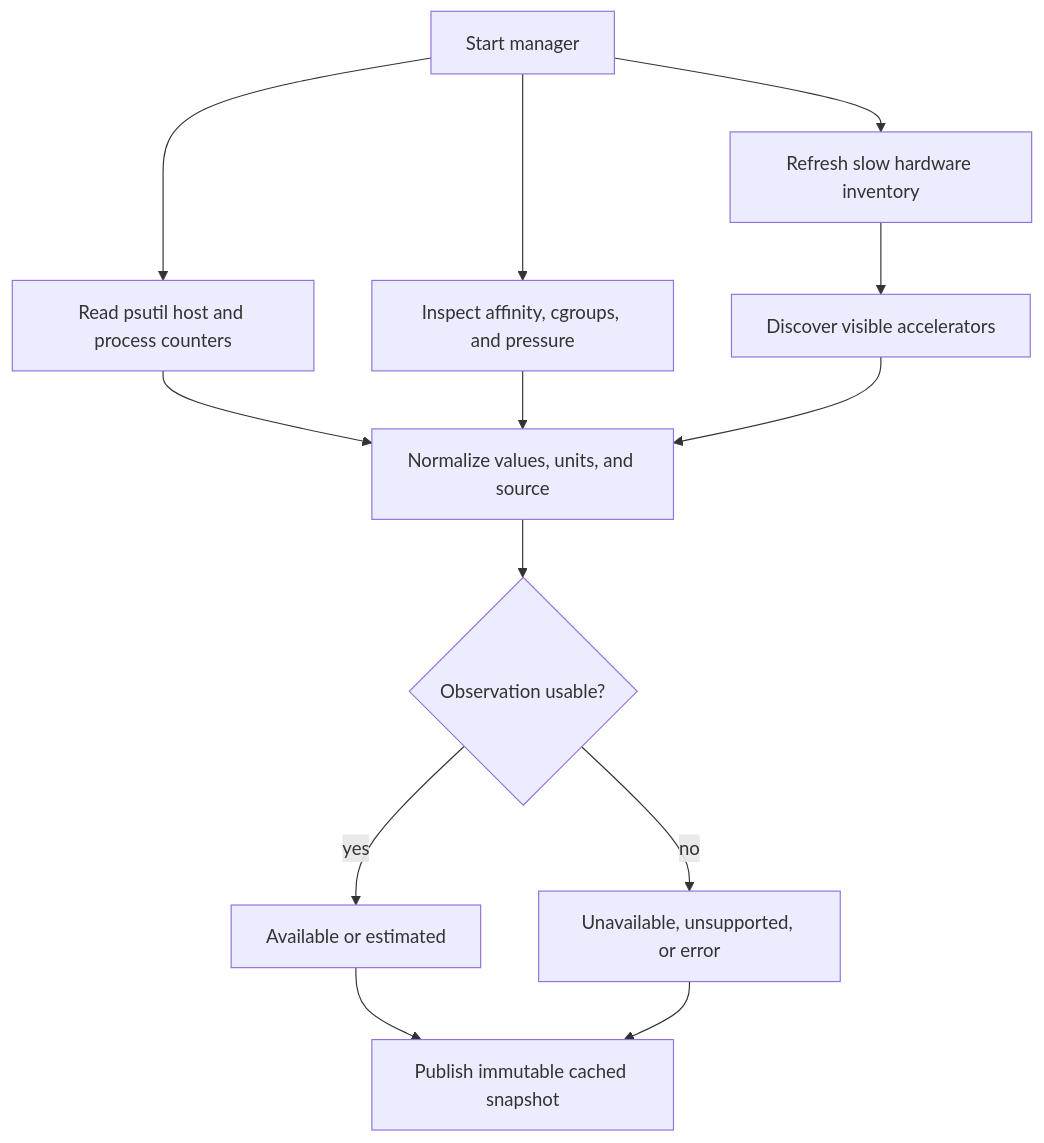
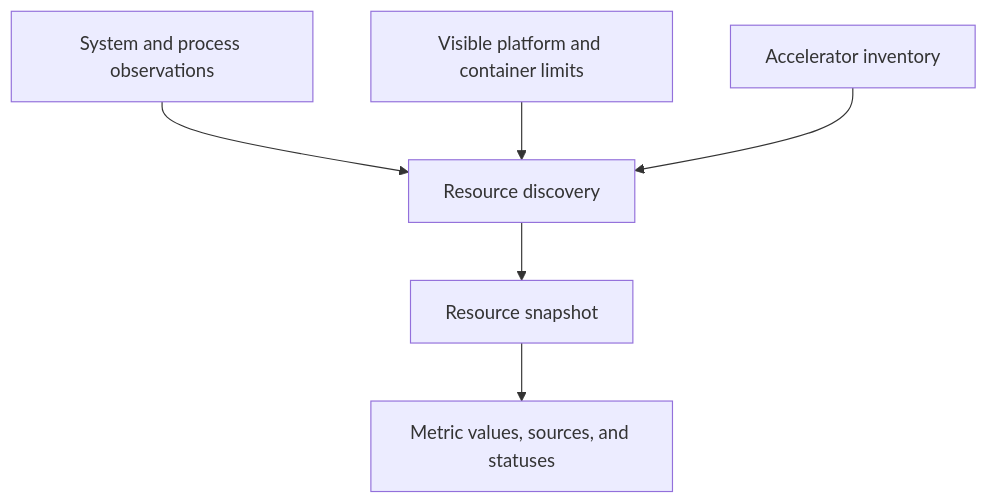
One commit to smuniharish/resourcera changed the diagram in diagrams/resource-discovery.mmd. Above: the diagram before and after it, drawn with Mermaid. The commit also changed 35 other files, not shown here.

```diff
--- a/diagrams/resource-discovery.mmd
+++ b/diagrams/resource-discovery.mmd
@@ -1,13 +1,6 @@
 flowchart TD
-    start["Start manager"] --> psutil["Read psutil host and process counters"]
-    start --> os["Inspect affinity, cgroups, and pressure"]
-    start --> inventory["Refresh slow hardware inventory"]
-    inventory --> accelerator["Discover visible accelerators"]
-    psutil --> normalize["Normalize values, units, and source"]
-    os --> normalize
-    accelerator --> normalize
-    normalize --> status{"Observation usable?"}
-    status -- yes --> available["Available or estimated"]
-    status -- no --> unknown["Unavailable, unsupported, or error"]
-    available --> cache["Publish immutable cached snapshot"]
-    unknown --> cache
+    system["System and process observations"] --> resources["Resource discovery"]
+    limits["Visible platform and container limits"] --> resources
+    devices["Accelerator inventory"] --> resources
+    resources --> snapshot["Resource snapshot"]
+    snapshot --> status["Metric values, sources, and statuses"]
```
